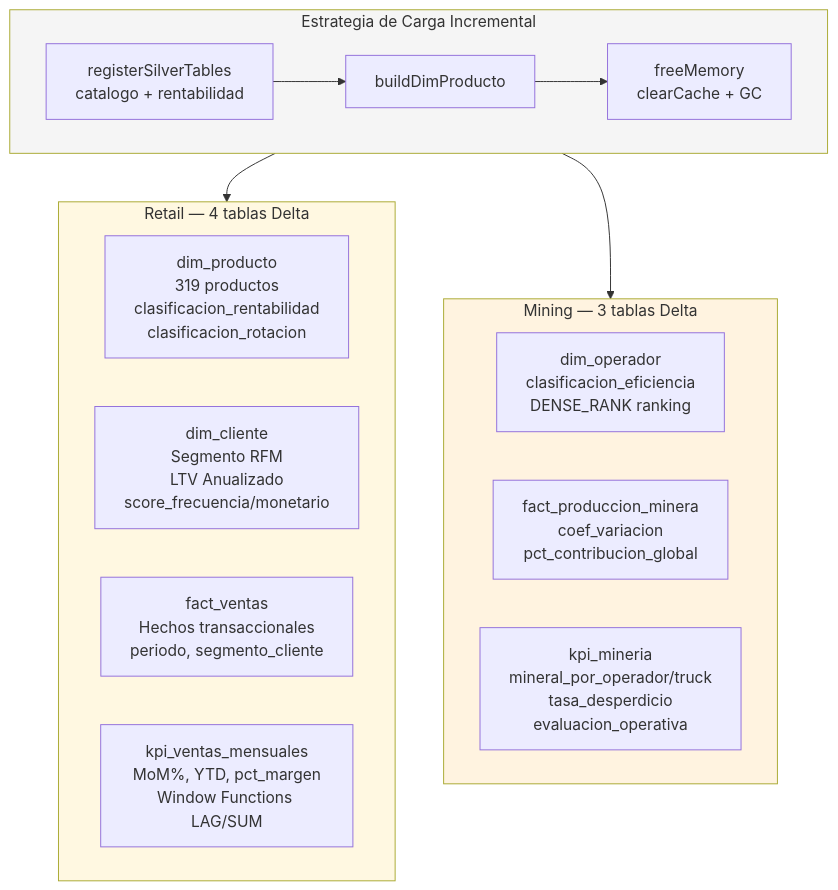
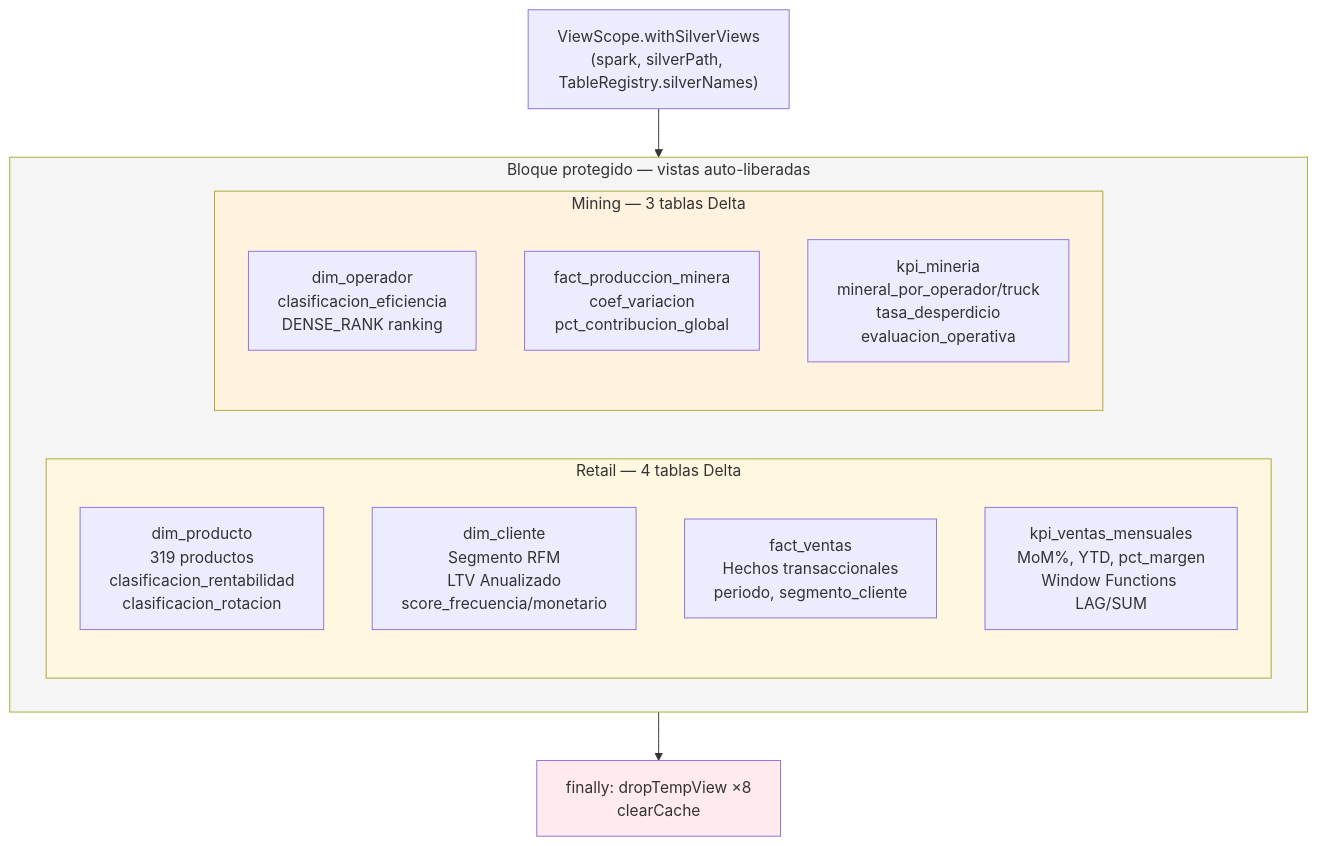
Before and after one commit to federicopfund/Fabric_Analytics_Engineer: diagram 15 of 22 in docs/README.md, drawn with Mermaid. The commit also changed other lines of this file, not shown here.

````diff
--- a/docs/README.md
+++ b/docs/README.md
@@ -602,29 +803,27 @@
 ```mermaid
 flowchart TB
-    subgraph Strategy["Estrategia de Carga Incremental"]
-        direction LR
-        LOAD1["registerSilverTables<br/>catalogo + rentabilidad"]
-        BUILD1["buildDimProducto"]
-        FREE1["freeMemory<br/>clearCache + GC"]
-        LOAD1 --> BUILD1 --> FREE1
+    VS["ViewScope.withSilverViews<br/>(spark, silverPath, TableRegistry.silverNames)"]
+
+    subgraph Block["Bloque protegido — vistas auto-liberadas"]
+        subgraph RetailGold["Retail — 4 tablas Delta"]
+            DIM_P["dim_producto<br/>319 productos<br/>clasificacion_rentabilidad<br/>clasificacion_rotacion"]
+            DIM_C["dim_cliente<br/>Segmento RFM<br/>LTV Anualizado<br/>score_frecuencia/monetario"]
+            FACT_V["fact_ventas<br/>Hechos transaccionales<br/>periodo, segmento_cliente"]
+            KPI_V["kpi_ventas_mensuales<br/>MoM%, YTD, pct_margen<br/>Window Functions LAG/SUM"]
+        end
+
+        subgraph MiningGold["Mining — 3 tablas Delta"]
+            DIM_O["dim_operador<br/>clasificacion_eficiencia<br/>DENSE_RANK ranking"]
+            FACT_M["fact_produccion_minera<br/>coef_variacion<br/>pct_contribucion_global"]
+            KPI_M["kpi_mineria<br/>mineral_por_operador/truck<br/>tasa_desperdicio<br/>evaluacion_operativa"]
+        end
     end
 
-    subgraph RetailGold["Retail — 4 tablas Delta"]
-        DIM_P["dim_producto<br/>319 productos<br/>clasificacion_rentabilidad<br/>clasificacion_rotacion"]
-        DIM_C["dim_cliente<br/>Segmento RFM<br/>LTV Anualizado<br/>score_frecuencia/monetario"]
-        FACT_V["fact_ventas<br/>Hechos transaccionales<br/>periodo, segmento_cliente"]
-        KPI_V["kpi_ventas_mensuales<br/>MoM%, YTD, pct_margen<br/>Window Functions LAG/SUM"]
-    end
+    VS --> Block
+    Block --> CLEANUP["finally: dropTempView ×8<br/>clearCache"]
 
-    subgraph MiningGold["Mining — 3 tablas Delta"]
-        DIM_O["dim_operador<br/>clasificacion_eficiencia<br/>DENSE_RANK ranking"]
-        FACT_M["fact_produccion_minera<br/>coef_variacion<br/>pct_contribucion_global"]
-        KPI_M["kpi_mineria<br/>mineral_por_operador/truck<br/>tasa_desperdicio<br/>evaluacion_operativa"]
-    end
-
-    Strategy --> RetailGold & MiningGold
-
+    style Block fill:#f5f5f5
     style RetailGold fill:#fff8e1
     style MiningGold fill:#fff3e0
-    style Strategy fill:#f5f5f5
+    style CLEANUP fill:#ffebee
 ```
````
